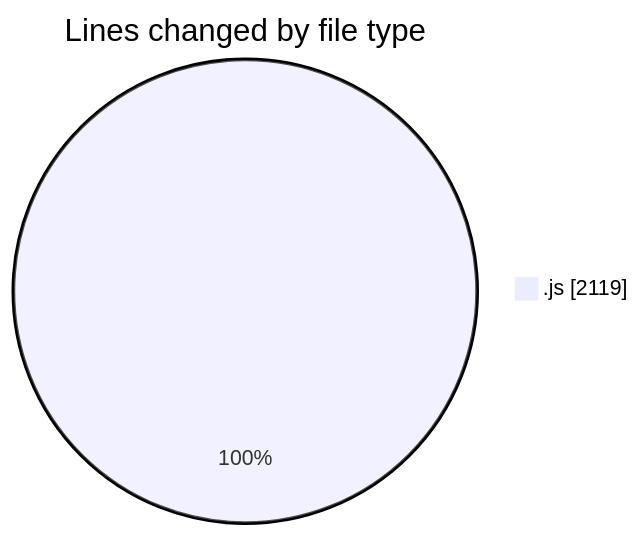
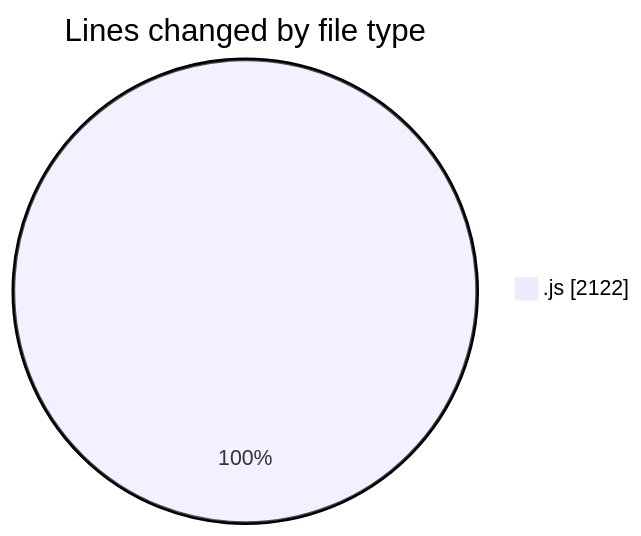
Before and after one commit to BS-eng2023/code-tracking: the first of 2 diagrams in 2025-04-03/jsvms/README.md, drawn with Mermaid. The commit also changed other lines of this file and 1 other file, not shown here.

````diff
--- a/2025-04-03/jsvms/README.md
+++ b/2025-04-03/jsvms/README.md
@@ -32,5 +32,5 @@
 ```mermaid
 pie showData
 title Lines changed by file type
-".js" : 2119
+".js" : 2122
 ```
````
